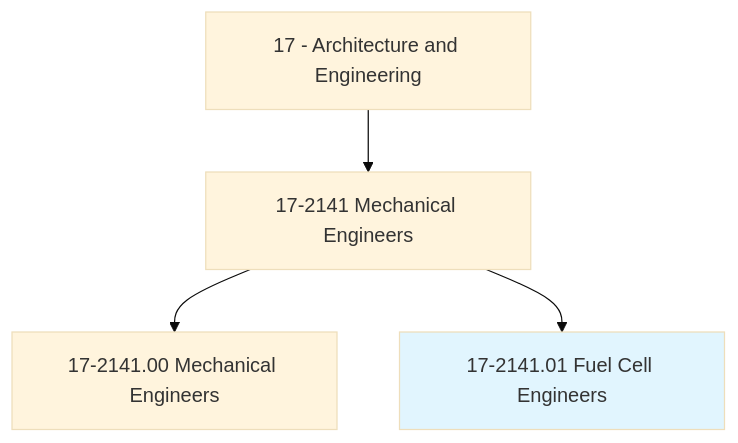
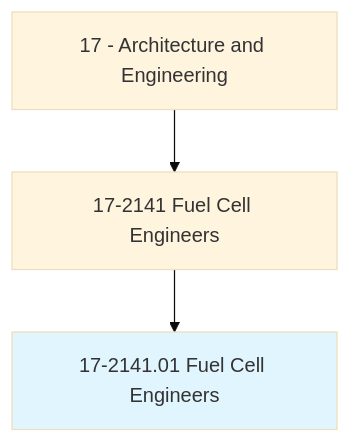
Before and after one commit to kziemski/business.org.ai: the first of 4 diagrams in occupations/Architecture/FuelCellEngineers.mdx, drawn with Mermaid (base theme). The commit also changed other lines of this file and 938 other files, not shown here.

````diff
--- a/occupations/Architecture/FuelCellEngineers.mdx
+++ b/occupations/Architecture/FuelCellEngineers.mdx
@@ -19,7 +23,6 @@
 ```mermaid
 graph TD
-    Cat17["17 - Architecture and Engineering"] --> Group172141["17-2141 Mechanical Engineers"]
-    Group172141 --> Base["17-2141.00 Mechanical Engineers"]
+    Cat17["17 - Architecture and Engineering"] --> Group172141["17-2141 Fuel Cell Engineers"]
     Group172141 --> Current["17-2141.01 Fuel Cell Engineers"]
     style Current fill:#e1f5fe
 ```
````
